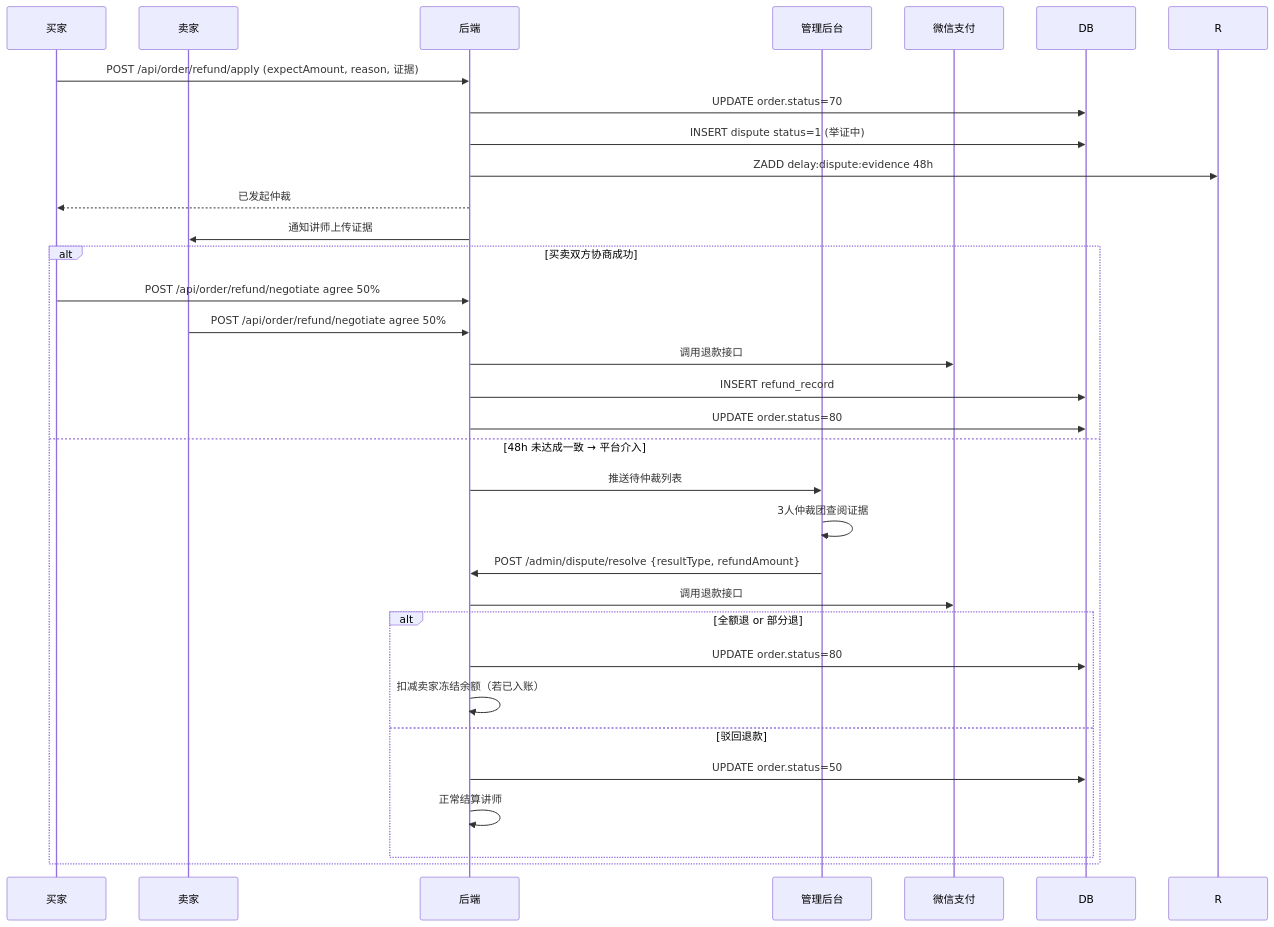
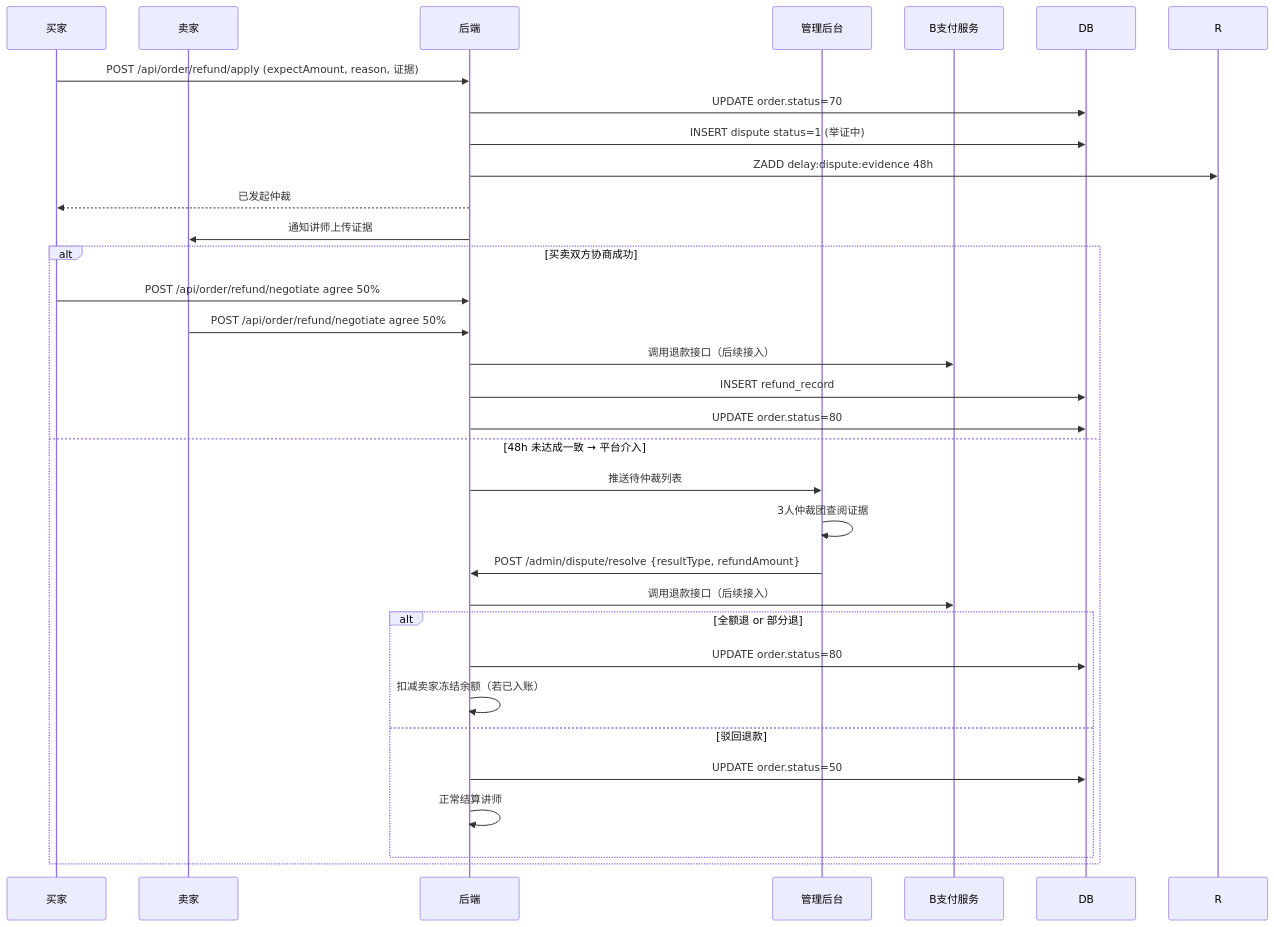
One commit to wan300/jijiang changed diagram 11 of 15 in docs/06-核心业务流程.md. Above: the diagram before and after it, drawn with Mermaid. The commit also changed other lines of this file and 91 other files, not shown here.

````diff
--- a/docs/06-核心业务流程.md
+++ b/docs/06-核心业务流程.md
@@ -385,35 +393,35 @@
 ```mermaid
 sequenceDiagram
     participant B as 买家
     participant S as 卖家
     participant BE as 后端
     participant AD as 管理后台
-    participant WXP as 微信支付
+    participant PS as B支付服务
 
     B->>BE: POST /api/order/refund/apply (expectAmount, reason, 证据)
     BE->>DB: UPDATE order.status=70
     BE->>DB: INSERT dispute status=1 (举证中)
     BE->>R: ZADD delay:dispute:evidence 48h
     BE-->>B: 已发起仲裁
     BE->>S: 通知讲师上传证据
 
     alt 买卖双方协商成功
         B->>BE: POST /api/order/refund/negotiate agree 50%
         S->>BE: POST /api/order/refund/negotiate agree 50%
-        BE->>WXP: 调用退款接口
+        BE->>PS: 调用退款接口（后续接入）
         BE->>DB: INSERT refund_record
         BE->>DB: UPDATE order.status=80
     else 48h 未达成一致 → 平台介入
         BE->>AD: 推送待仲裁列表
         AD->>AD: 3人仲裁团查阅证据
         AD->>BE: POST /admin/dispute/resolve {resultType, refundAmount}
-        BE->>WXP: 调用退款接口
+        BE->>PS: 调用退款接口（后续接入）
         alt 全额退 or 部分退
             BE->>DB: UPDATE order.status=80
             BE->>BE: 扣减卖家冻结余额（若已入账）
         else 驳回退款
             BE->>DB: UPDATE order.status=50
             BE->>BE: 正常结算讲师
         end
     end
 ```
````
